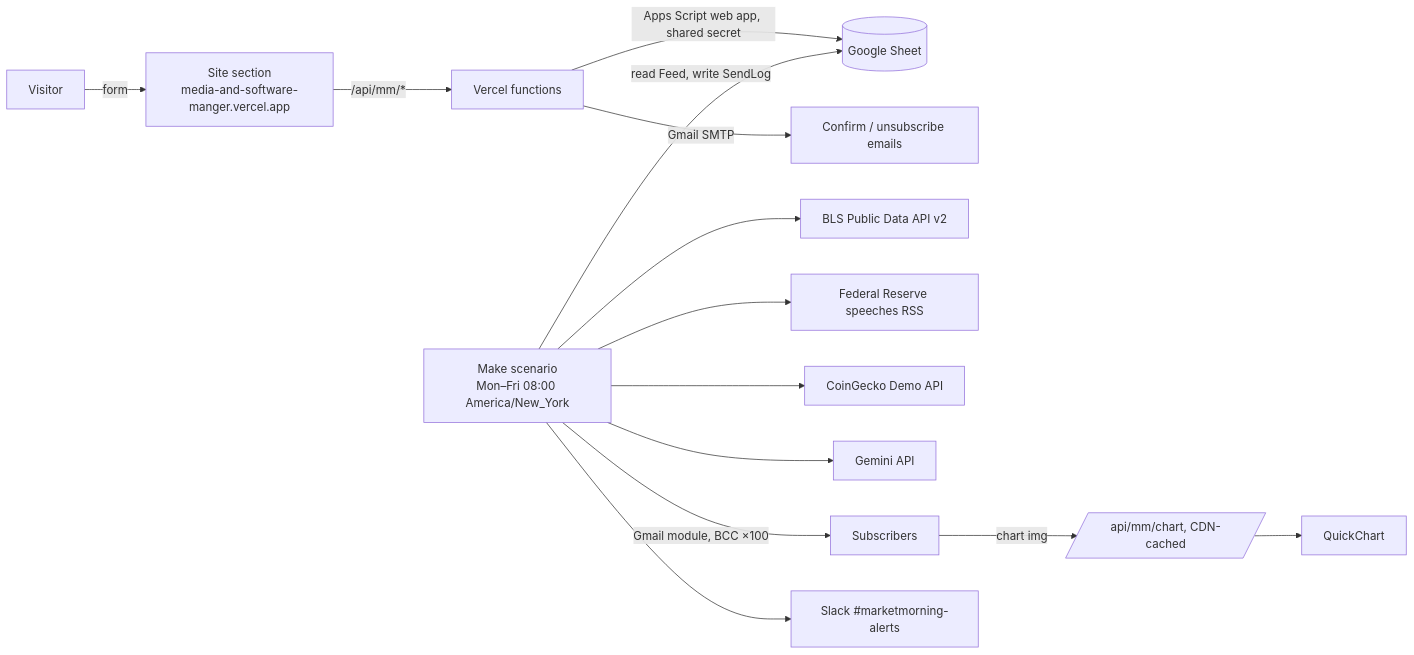
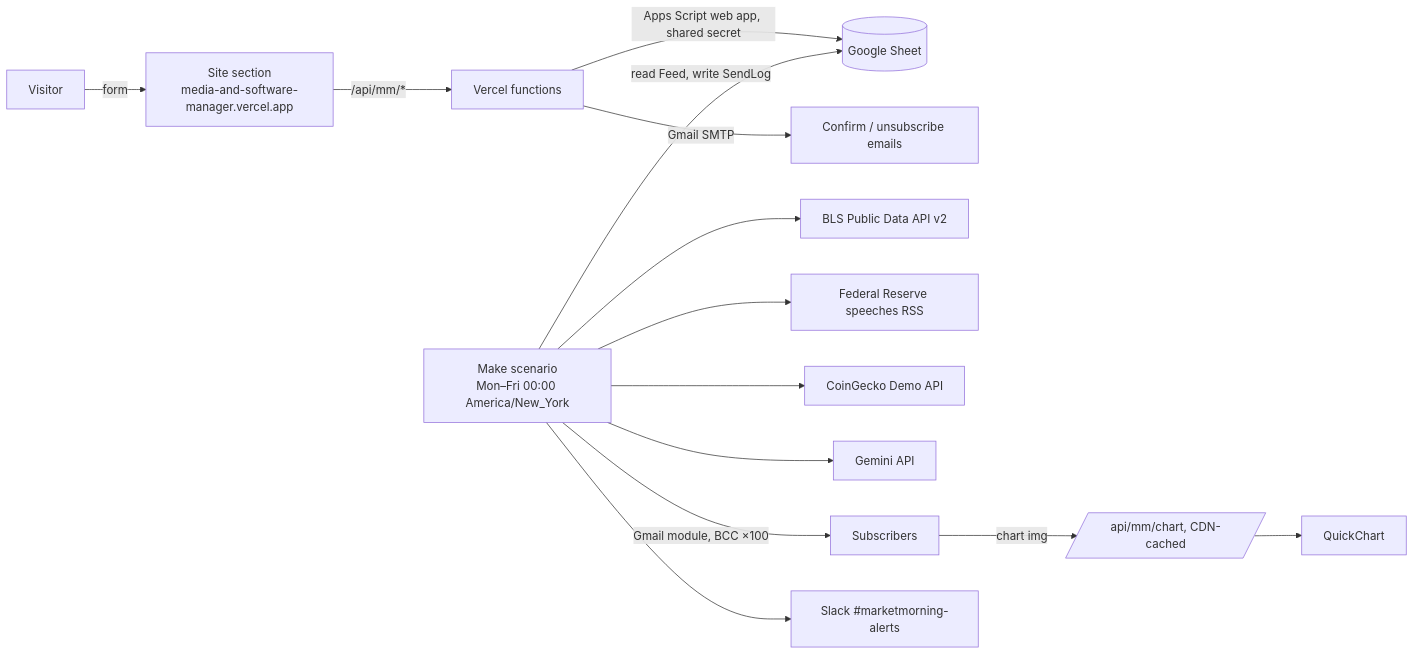
One commit to notm33na/morningmarket changed the first of 2 diagrams in docs/ARCHITECTURE.md. Above: the diagram before and after it, drawn with Mermaid. The commit also changed other lines of this file and 14 other files, not shown here.

Commit message:
Fix brand name, move send time to 12:00 a.m. NY, update site links

````diff
--- a/docs/ARCHITECTURE.md
+++ b/docs/ARCHITECTURE.md
@@ -6,15 +6,15 @@
 ```mermaid
 flowchart LR
-  V[Visitor] -->|form| S[Site section<br/>media-and-software-manger.vercel.app]
+  V[Visitor] -->|form| S[Site section<br/>media-and-software-manager.vercel.app]
   S -->|/api/mm/*| F[Vercel functions]
   F -->|Apps Script web app, shared secret| G[(Google Sheet)]
   F -->|Gmail SMTP| E1[Confirm / unsubscribe emails]
-  M[Make scenario<br/>Mon–Fri 08:00 America/New_York] -->|read Feed, write SendLog| G
+  M[Make scenario<br/>Mon–Fri 00:00 America/New_York] -->|read Feed, write SendLog| G
   M --> BL[BLS Public Data API v2]
   M --> FR[Federal Reserve speeches RSS]
   M --> CG[CoinGecko Demo API]
   M --> GM[Gemini API]
   M -->|Gmail module, BCC ×100| R[Subscribers]
   M --> SL[Slack #marketmorning-alerts]
   R -->|chart img| C[/api/mm/chart, CDN-cached/] --> QC[QuickChart]
 ```
````
